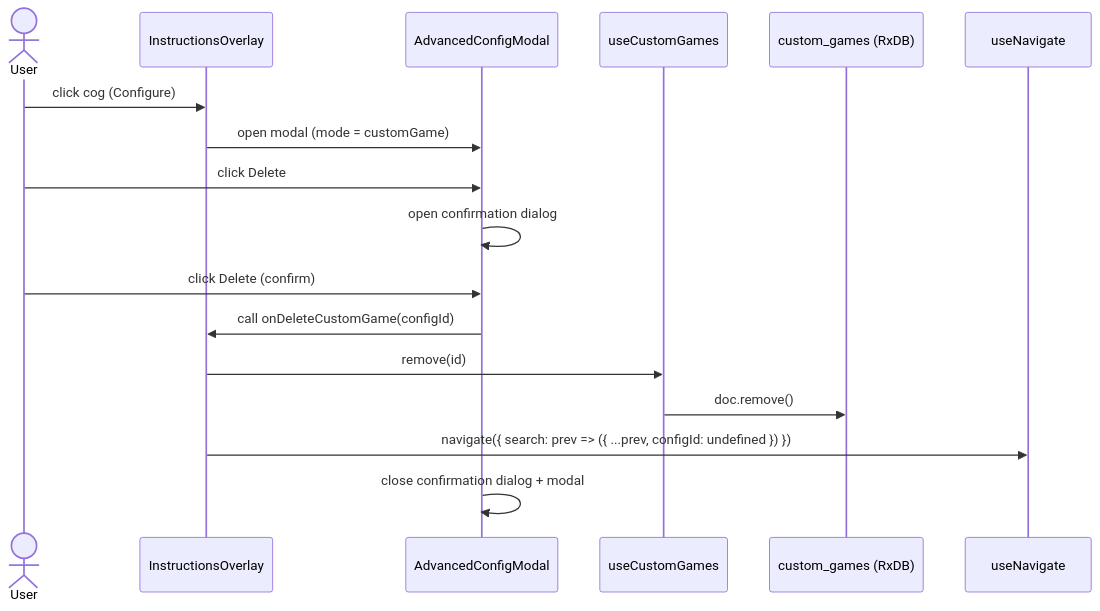
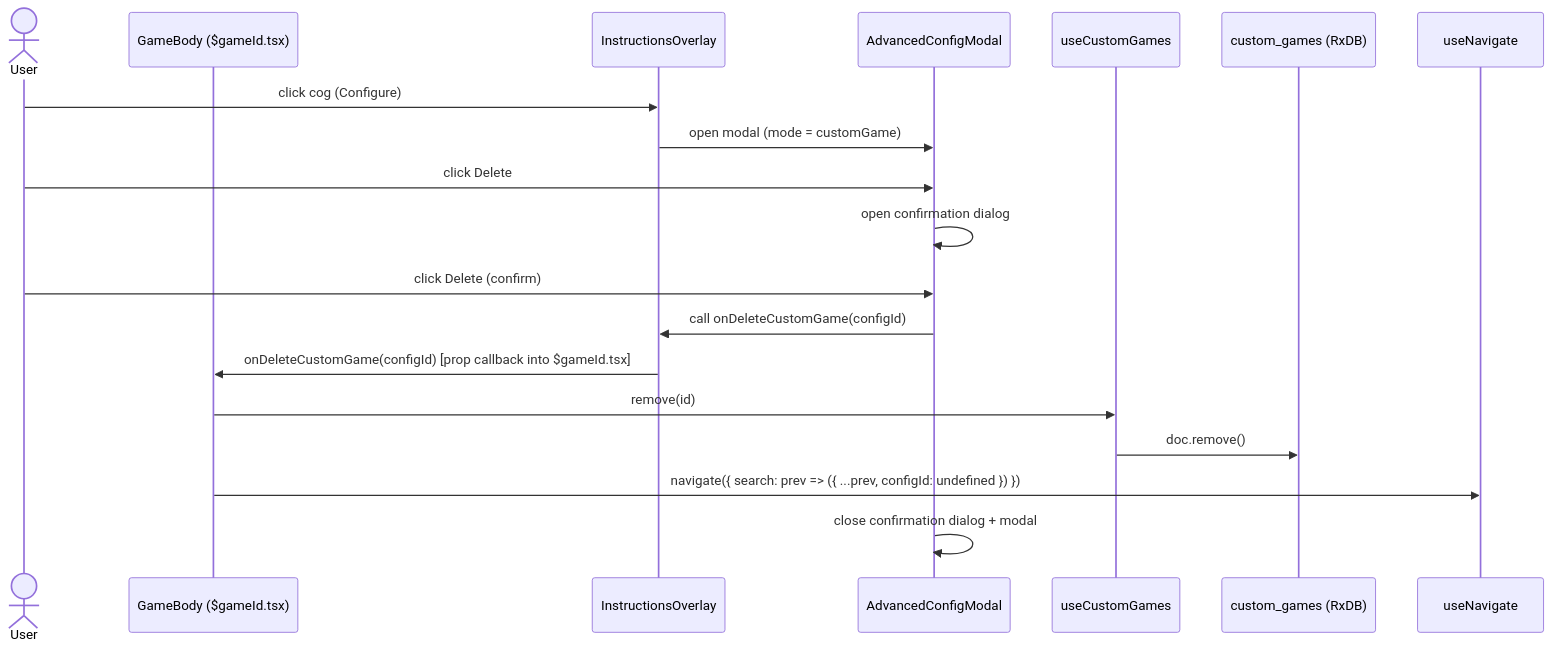
The ninth of 10 diagrams in src/components/answer-game/AnswerGame/AnswerGame.flows.mdx (leocaseiro/base-skill), drawn with Mermaid before and after one commit.

Commit message:
fix(docs): correct sequence diagram actor attribution in Custom Game Delete flow

````diff
--- a/src/components/answer-game/AnswerGame/AnswerGame.flows.mdx
+++ b/src/components/answer-game/AnswerGame/AnswerGame.flows.mdx
@@ -202,20 +202,22 @@
 ```mermaid
 sequenceDiagram
   actor User
+  participant GameBody as GameBody ($gameId.tsx)
   participant IO as InstructionsOverlay
   participant ACM as AdvancedConfigModal
   participant Hook as useCustomGames
   participant DB as custom_games (RxDB)
   participant Nav as useNavigate
 
   User->>IO: click cog (Configure)
   IO->>ACM: open modal (mode = customGame)
   User->>ACM: click Delete
   ACM->>ACM: open confirmation dialog
   User->>ACM: click Delete (confirm)
   ACM->>IO: call onDeleteCustomGame(configId)
-  IO->>Hook: remove(id)
+  IO->>GameBody: onDeleteCustomGame(configId) [prop callback into $gameId.tsx]
+  GameBody->>Hook: remove(id)
   Hook->>DB: doc.remove()
-  IO->>Nav: navigate({ search: prev => ({ ...prev, configId: undefined }) })
+  GameBody->>Nav: navigate({ search: prev => ({ ...prev, configId: undefined }) })
   ACM->>ACM: close confirmation dialog + modal
 ```
````
